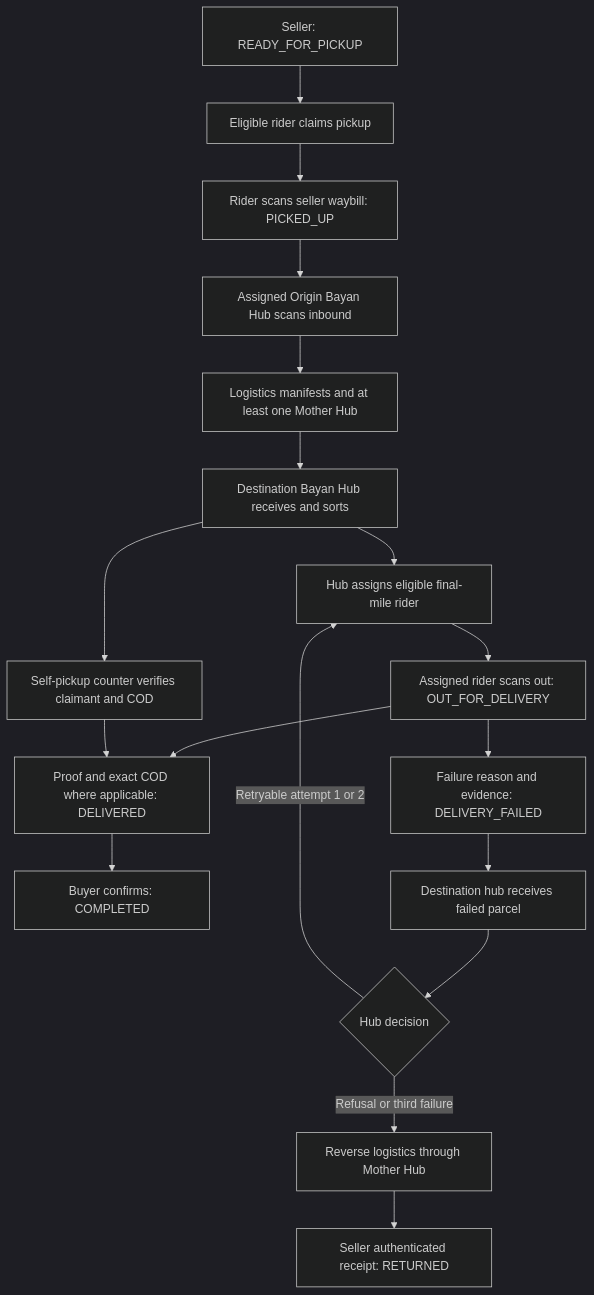
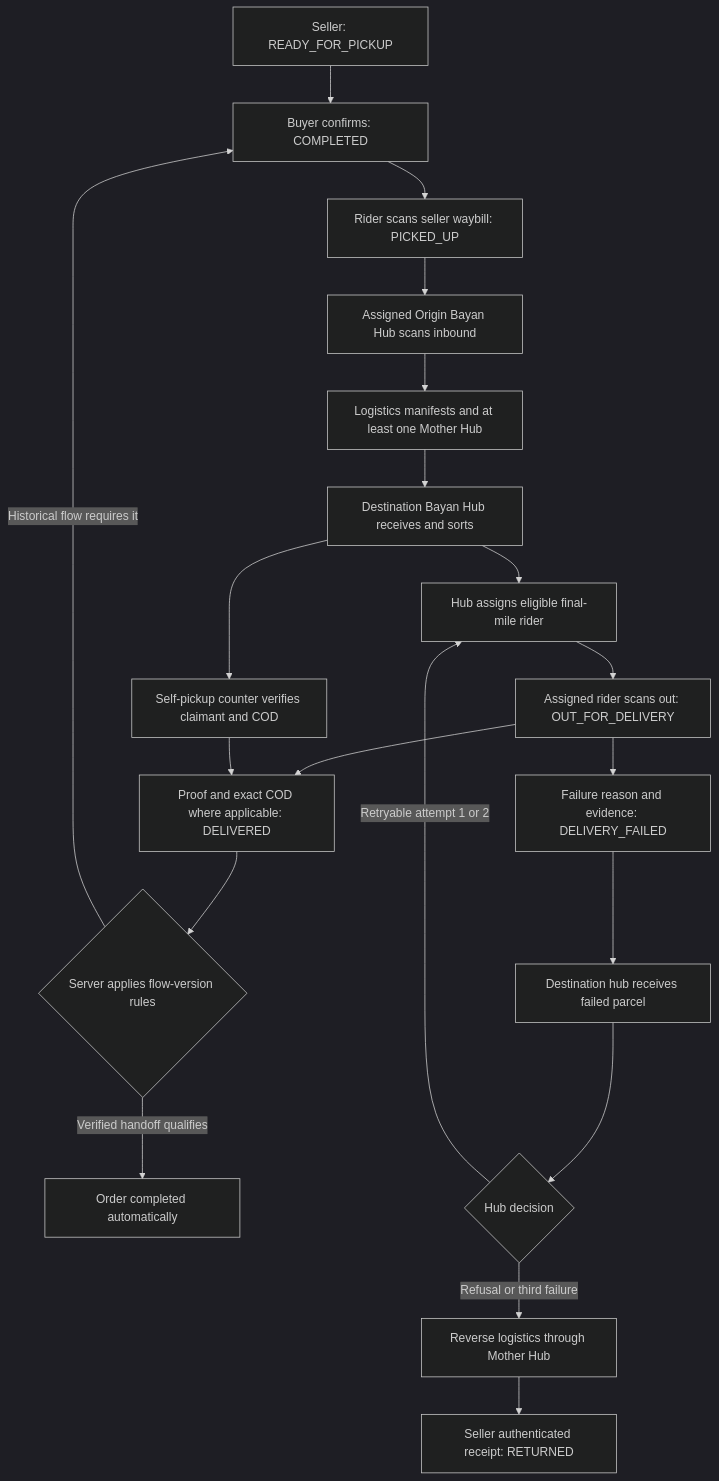
One commit to Auvryy/BagooPH-rider-mobile changed the diagram in docs/RIDER_FLOW.md. Above: the diagram before and after it, drawn with Mermaid (dark theme). The commit also changed other lines of this file and 127 other files, not shown here.

````diff
--- a/docs/RIDER_FLOW.md
+++ b/docs/RIDER_FLOW.md
@@ -48,20 +48,22 @@
 ```mermaid
 flowchart TD
     S[Seller: READY_FOR_PICKUP] --> C[Eligible rider claims pickup]
     C --> P[Rider scans seller waybill: PICKED_UP]
     P --> O[Assigned Origin Bayan Hub scans inbound]
     O --> M[Logistics manifests and at least one Mother Hub]
     M --> D[Destination Bayan Hub receives and sorts]
     D --> A[Hub assigns eligible final-mile rider]
     A --> F[Assigned rider scans out: OUT_FOR_DELIVERY]
     F --> Y[Proof and exact COD where applicable: DELIVERED]
-    Y --> B[Buyer confirms: COMPLETED]
+    Y --> V{Server applies flow-version rules}
+    V -->|Verified handoff qualifies| B[Order completed automatically]
+    V -->|Historical flow requires it| C[Buyer confirms: COMPLETED]
     F --> X[Failure reason and evidence: DELIVERY_FAILED]
     X --> H[Destination hub receives failed parcel]
     H --> R{Hub decision}
     R -->|Retryable attempt 1 or 2| A
     R -->|Refusal or third failure| T[Reverse logistics through Mother Hub]
     T --> E[Seller authenticated receipt: RETURNED]
     D --> K[Self-pickup counter verifies claimant and COD]
     K --> Y
 ```
````
